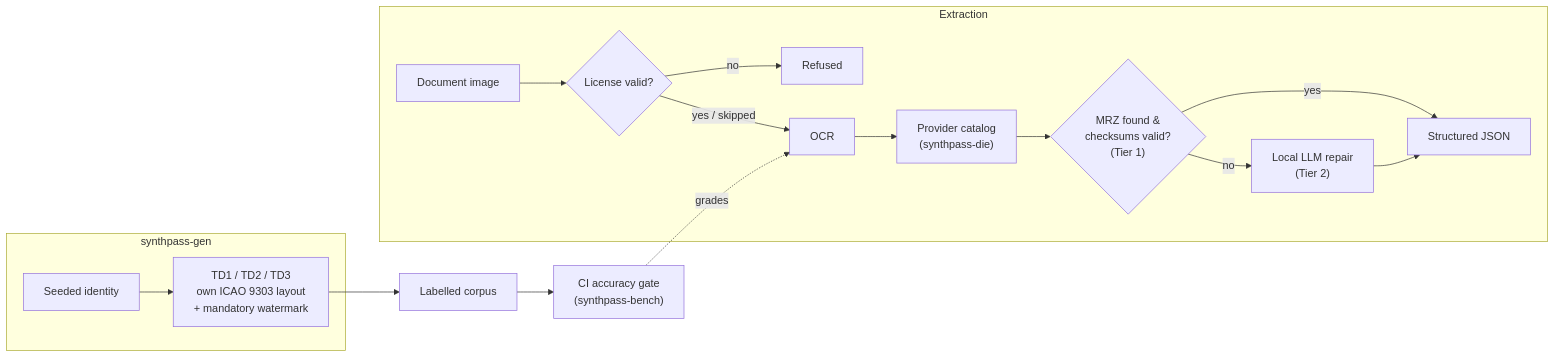
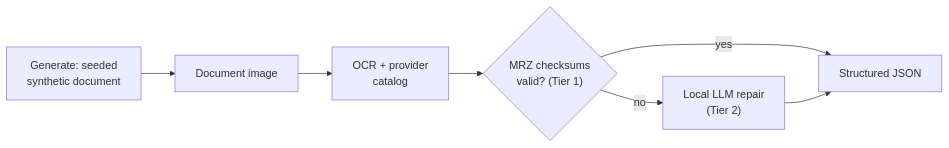
The diagram in README.md (ruledicaprio/SynthPass), drawn with Mermaid before and after one commit. The commit also changed other lines of this file, not shown here.

Commit message:
docs(readme): refresh corpus badge, mention MRV/CUDA, simplify how-it-works diagram
Badge was stuck at 11/238 countries while CORPUS_COVERAGE.md had moved to
56 HITs; MRV-A/MRV-B generation and the optional CUDA Tier-2 path had
shipped with zero README mention. The How-it-works diagram had grown to
two subgraphs, 12 nodes and a cross-subgraph feedback edge - trimmed to a
single 6-node flow, with the license-gate and CI-grading detail it used to
carry moved into the surrounding prose links instead.

````diff
--- a/README.md
+++ b/README.md
@@ -95,20 +98,9 @@
 ```mermaid
 flowchart LR
-    subgraph Generate["synthpass-gen"]
-        ID["Seeded identity"] --> DOC["TD1 / TD2 / TD3<br/>own ICAO 9303 layout<br/>+ mandatory watermark"]
-    end
-    DOC --> CORPUS["Labelled corpus"] --> GATE["CI accuracy gate<br/>(synthpass-bench)"]
-
-    subgraph Extract["Extraction"]
-        IMG["Document image"] --> LICENSE{"License valid?"}
-        LICENSE -- "no" --> REFUSED["Refused"]
-        LICENSE -- "yes / skipped" --> OCR["OCR"]
-        OCR --> CATALOG["Provider catalog<br/>(synthpass-die)"]
-        CATALOG --> TIER1{"MRZ found &<br/>checksums valid?<br/>(Tier 1)"}
-        TIER1 -- "yes" --> JSON["Structured JSON"]
-        TIER1 -- "no" --> TIER2["Local LLM repair<br/>(Tier 2)"]
-        TIER2 --> JSON
-    end
-
-    GATE -.->|"grades"| OCR
+    GEN["Generate: seeded<br/>synthetic document"] --> IMG["Document image"]
+    IMG --> OCR["OCR + provider<br/>catalog"]
+    OCR --> TIER1{"MRZ checksums<br/>valid? (Tier 1)"}
+    TIER1 -- "yes" --> JSON["Structured JSON"]
+    TIER1 -- "no" --> TIER2["Local LLM repair<br/>(Tier 2)"]
+    TIER2 --> JSON
 ```
````
